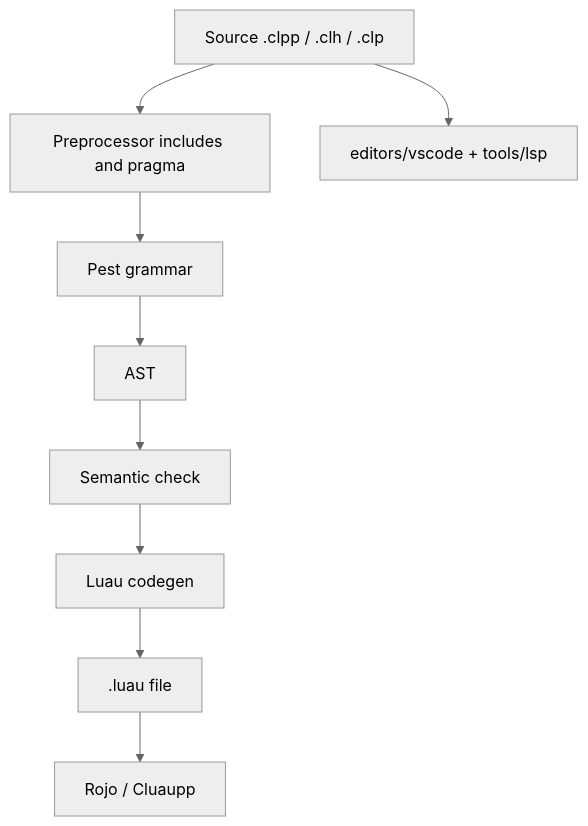
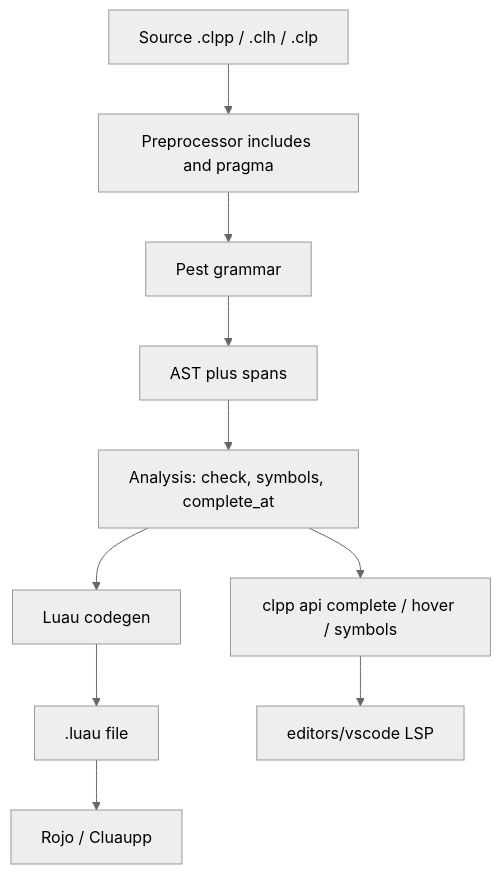
One commit to KartzRbx/CLPP changed the diagram in docs/spec/compiler.md. Above: the diagram before and after it, drawn with Mermaid (neutral theme). The commit also changed other lines of this file and 53 other files, not shown here.

Commit message:
Release CL++ 0.4.0 with AST analysis feeding the editor and a Luau-aligned compiler pipeline.

````diff
--- a/docs/spec/compiler.md
+++ b/docs/spec/compiler.md
@@ -8,11 +10,12 @@
 ```mermaid
 flowchart TD
   src["Source .clpp / .clh / .clp"] --> pp["Preprocessor includes and pragma"]
   pp --> pest["Pest grammar"]
-  pest --> ast["AST"]
-  ast --> check["Semantic check"]
-  check --> emit["Luau codegen"]
+  pest --> ast["AST plus spans"]
+  ast --> analysis["Analysis: check, symbols, complete_at"]
+  analysis --> emit["Luau codegen"]
   emit --> out[".luau file"]
-  src --> lsp["editors/vscode + tools/lsp"]
+  analysis --> api["clpp api complete / hover / symbols"]
+  api --> lsp["editors/vscode LSP"]
   out --> rojo["Rojo / Cluaupp"]
 ```
````
